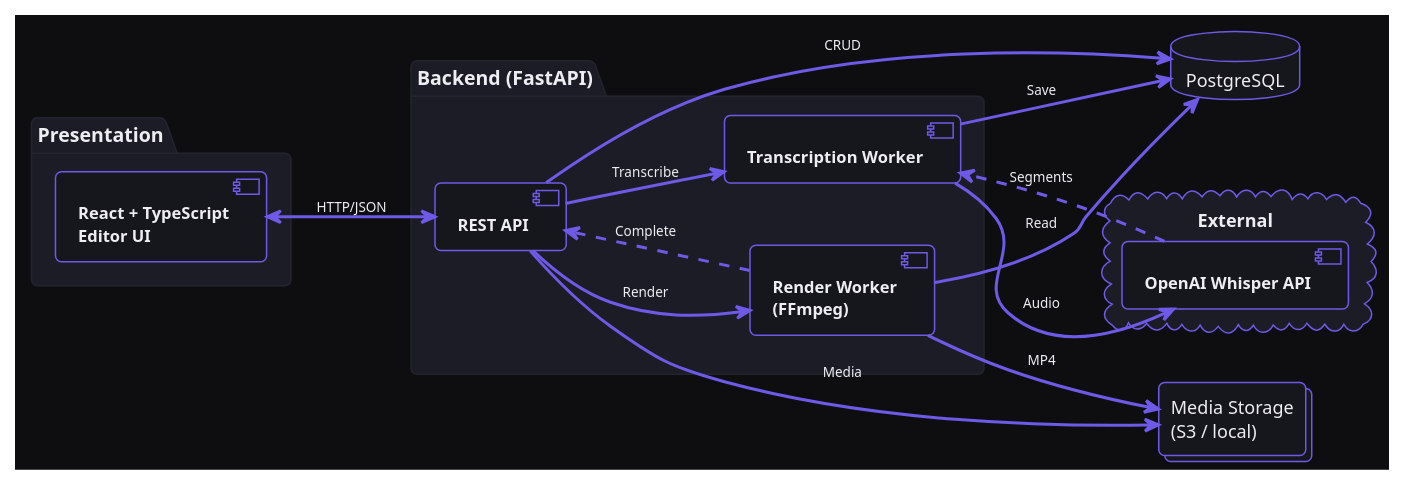
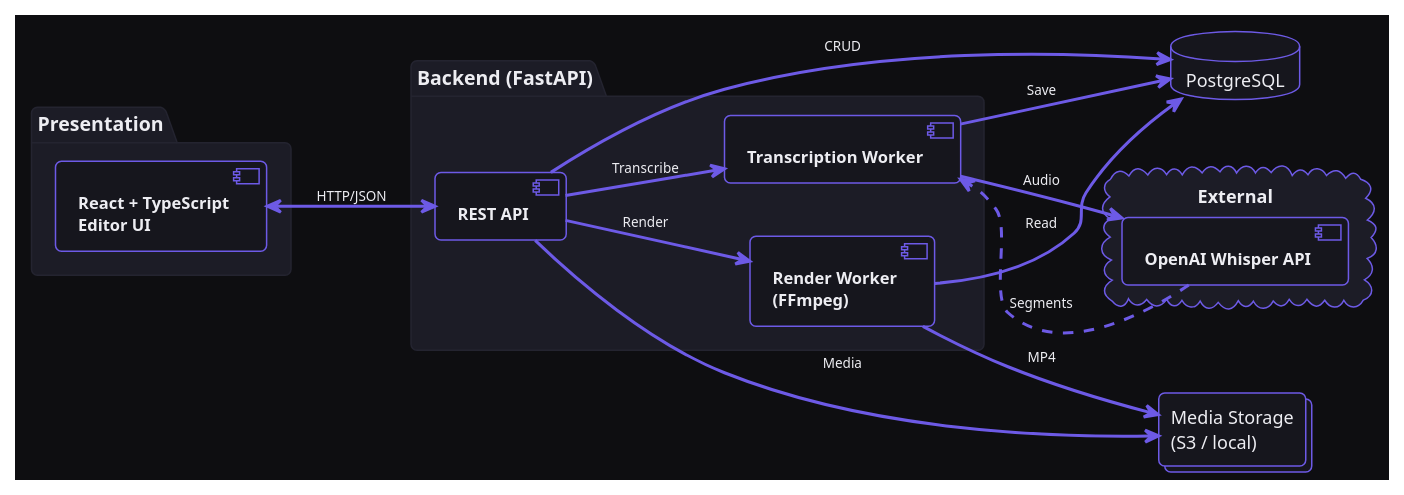
One commit to seanowww/LyricSync changed the diagram in docs/assets/architecture.puml. Above: the diagram before and after it, drawn with PlantUML. The commit also changed 1 other file, not shown here.

Commit message:
Add architecture assets

```diff
--- a/docs/assets/architecture.puml
+++ b/docs/assets/architecture.puml
@@ -1,106 +1,105 @@
 @startuml architecture
 !theme plain
 allowmixing
 
 ' ============================================
 ' COLOR SCHEME - LyricSync Dark Theme
 ' ============================================
 skinparam backgroundColor #0E0E11
 skinparam defaultFontColor #EDEDF2
 skinparam defaultFontName Arial
 skinparam defaultFontSize 12
 skinparam roundcorner 8
 skinparam shadowing false
 
 ' Component styling
 skinparam component {
     BackgroundColor #16161D
     BorderColor #6D5AE6
     ArrowColor #6D5AE6
     FontColor #EDEDF2
     FontSize 11
     FontStyle bold
 }
 
 ' Package styling
 skinparam package {
     BackgroundColor #1C1C26
     BorderColor #242430
     FontColor #EDEDF2
     FontSize 13
     FontStyle bold
 }
 
 ' Database styling
 skinparam database {
     BackgroundColor #16161D
     BorderColor #6D5AE6
     FontColor #EDEDF2
 }
 
 ' Cloud/External styling
 skinparam cloud {
     BackgroundColor #1C1C26
     BorderColor #6D5AE6
     FontColor #EDEDF2
 }
 
 ' Collections/Storage styling
 skinparam collections {
     BackgroundColor #16161D
     BorderColor #6D5AE6
     FontColor #EDEDF2
 }
 
 ' Arrow styling
 skinparam arrow {
     Color #6D5AE6
     Thickness 2
     FontColor #EDEDF2
     FontSize 9
 }
 
 ' Layout
 left to right direction
 
 ' ============================================
 ' ARCHITECTURE COMPONENTS
 ' ============================================
 
 package "Presentation" #1C1C26 {
     component [React + TypeScript\nEditor UI] as FE #16161D
 }
 
 package "Backend (FastAPI)" #1C1C26 {
     component [REST API] as API #16161D
     component [Transcription Worker] as TR #16161D
     component [Render Worker\n(FFmpeg)] as RW #16161D
 }
 
 cloud "External" #1C1C26 {
     component [OpenAI Whisper API] as WAPI #16161D
 }
 
 database "PostgreSQL" as DB #16161D
 collections "Media Storage\n(S3 / local)" as STORE #16161D
 
 ' ============================================
 ' DATA FLOW - Essential flows only
 ' ============================================
 
 FE <--> API : HTTP/JSON
 
 API --> DB : CRUD
 API --> STORE : Media
 
 API --> TR : Transcribe
 TR --> WAPI : Audio
 WAPI ..> TR : Segments
 TR --> DB : Save
 
 API --> RW : Render
 RW --> DB : Read
 RW --> STORE : MP4
-RW ..> API : Complete
 
 @enduml
```
